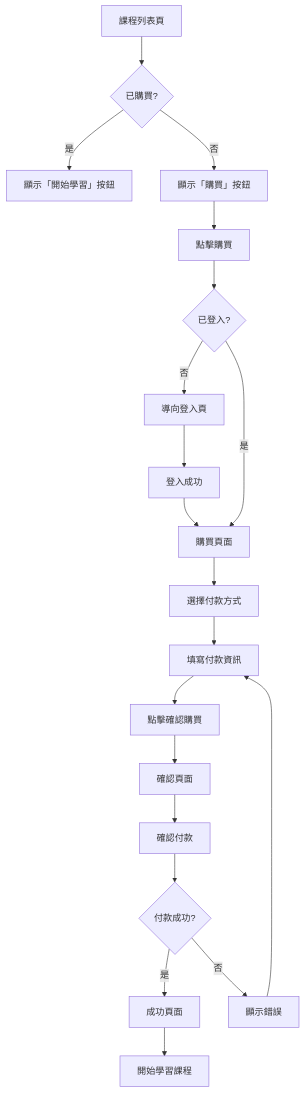
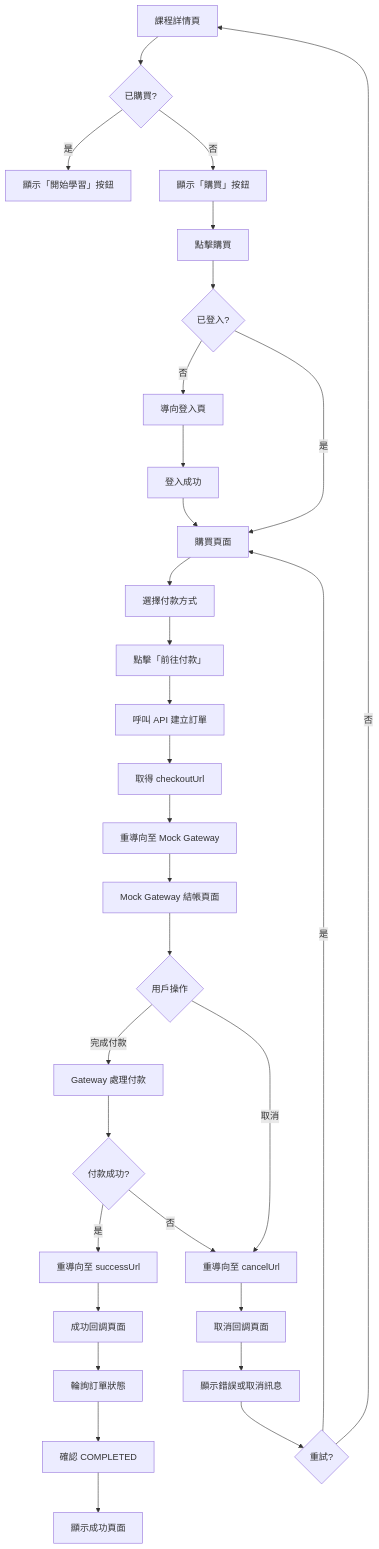
Before and after one commit to AdemKao/water-ball-fork: the first of 3 diagrams in specs/005-purchase-flow/frontend-spec.md, drawn with Mermaid. The commit also changed other lines of this file and 3 other files, not shown here.

````diff
--- a/specs/005-purchase-flow/frontend-spec.md
+++ b/specs/005-purchase-flow/frontend-spec.md
@@ -72,26 +74,40 @@
 ```mermaid
 flowchart TD
-    A[課程列表頁] --> B{已購買?}
+    A[課程詳情頁] --> B{已購買?}
     B -->|是| C[顯示「開始學習」按鈕]
     B -->|否| D[顯示「購買」按鈕]
     
     D --> E[點擊購買]
     E --> F{已登入?}
     F -->|否| G[導向登入頁]
     G --> H[登入成功]
     H --> I[購買頁面]
     F -->|是| I
     
     I --> J[選擇付款方式]
-    J --> K[填寫付款資訊]
-    K --> L[點擊確認購買]
-    L --> M[確認頁面]
+    J --> K[點擊「前往付款」]
+    K --> L[呼叫 API 建立訂單]
+    L --> M[取得 checkoutUrl]
+    M --> N[重導向至 Mock Gateway]
     
-    M --> N[確認付款]
-    N --> O{付款成功?}
-    O -->|是| P[成功頁面]
-    O -->|否| Q[顯示錯誤]
-    Q --> K
+    N --> O[Mock Gateway 結帳頁面]
+    O --> P{用戶操作}
     
-    P --> R[開始學習課程]
+    P -->|完成付款| Q[Gateway 處理付款]
+    Q --> R{付款成功?}
+    R -->|是| S[重導向至 successUrl]
+    R -->|否| T[重導向至 cancelUrl]
+    
+    P -->|取消| T
+    
+    S --> U[成功回調頁面]
+    U --> V[輪詢訂單狀態]
+    V --> W[確認 COMPLETED]
+    W --> X[顯示成功頁面]
+    
+    T --> Y[取消回調頁面]
+    Y --> Z[顯示錯誤或取消訊息]
+    Z --> AA{重試?}
+    AA -->|是| I
+    AA -->|否| A
 ```
````
